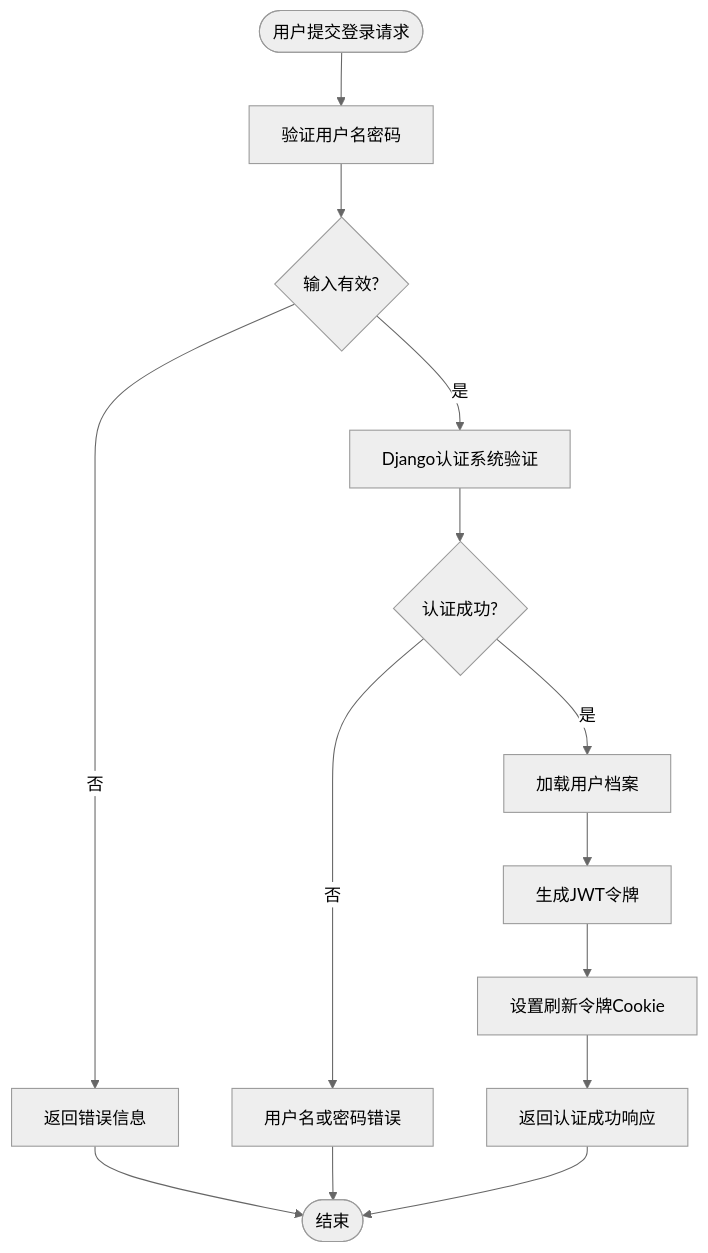
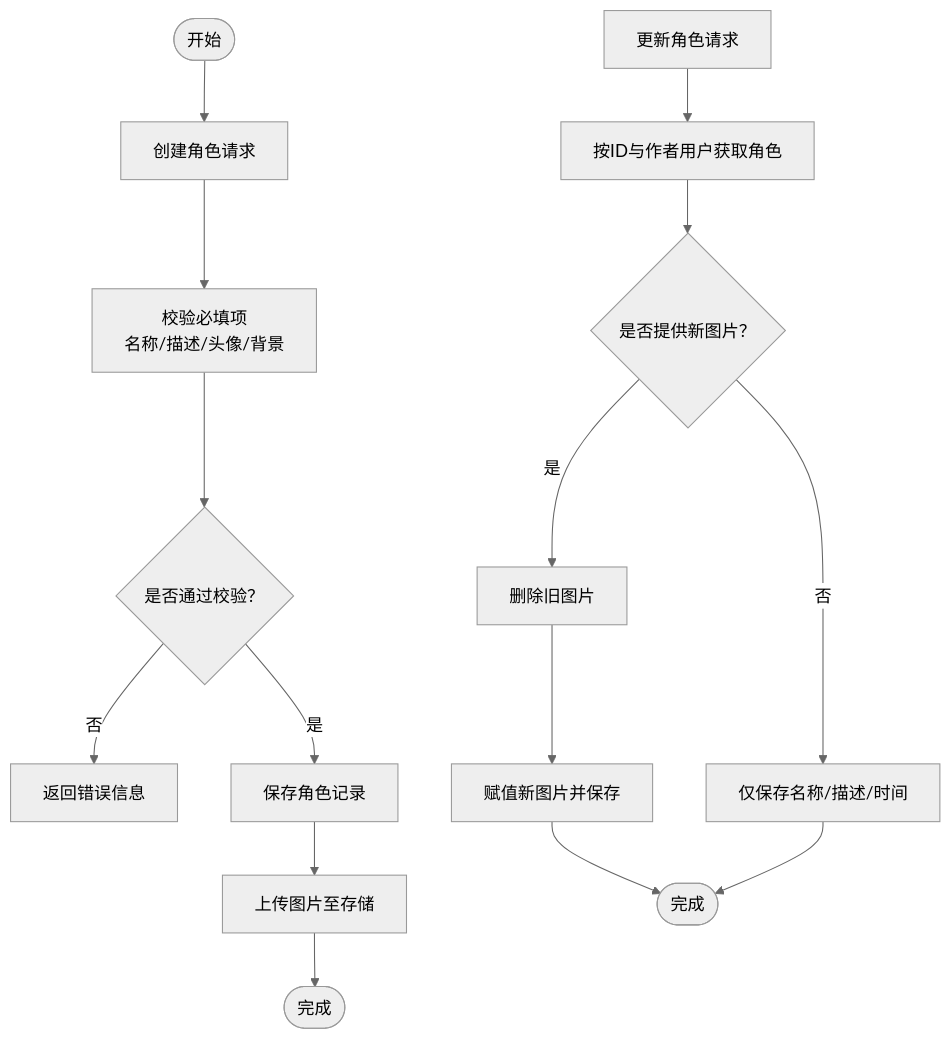
One commit to Blaipchi/LLM_AIfriends changed the fifth of 7 diagrams in .qoder/repowiki/zh/content/数据模型.md. Above: the diagram before and after it, drawn with Mermaid (neutral theme). The commit also changed other lines of this file and 89 other files, not shown here.

````diff
--- a/.qoder/repowiki/zh/content/数据模型.md
+++ b/.qoder/repowiki/zh/content/数据模型.md
@@ -244,16 +270,17 @@
 ```mermaid
 flowchart TD
-Start([用户提交登录请求]) --> ValidateInput["验证用户名密码"]
-ValidateInput --> InputValid{"输入有效?"}
-InputValid --> |否| ReturnError["返回错误信息"]
-InputValid --> |是| Authenticate["Django认证系统验证"]
-Authenticate --> AuthSuccess{"认证成功?"}
-AuthSuccess --> |否| WrongCredentials["用户名或密码错误"]
-AuthSuccess --> |是| LoadProfile["加载用户档案"]
-LoadProfile --> GenerateToken["生成JWT令牌"]
-GenerateToken --> SetCookie["设置刷新令牌Cookie"]
-SetCookie --> ReturnSuccess["返回认证成功响应"]
-ReturnError --> End([结束])
-WrongCredentials --> End
-ReturnSuccess --> End
+Start(["开始"]) --> Create["创建角色请求"]
+Create --> Validate["校验必填项<br/>名称/描述/头像/背景"]
+Validate --> Valid{"是否通过校验？"}
+Valid --> |否| Err["返回错误信息"]
+Valid --> |是| Save["保存角色记录"]
+Save --> Upload["上传图片至存储"]
+Upload --> Done(["完成"])
+Update["更新角色请求"] --> Fetch["按ID与作者用户获取角色"]
+Fetch --> Replace{"是否提供新图片？"}
+Replace --> |是| CleanOld["删除旧图片"]
+CleanOld --> AssignNew["赋值新图片并保存"]
+Replace --> |否| SaveOnly["仅保存名称/描述/时间"]
+AssignNew --> Done2(["完成"])
+SaveOnly --> Done2
 ```
````
